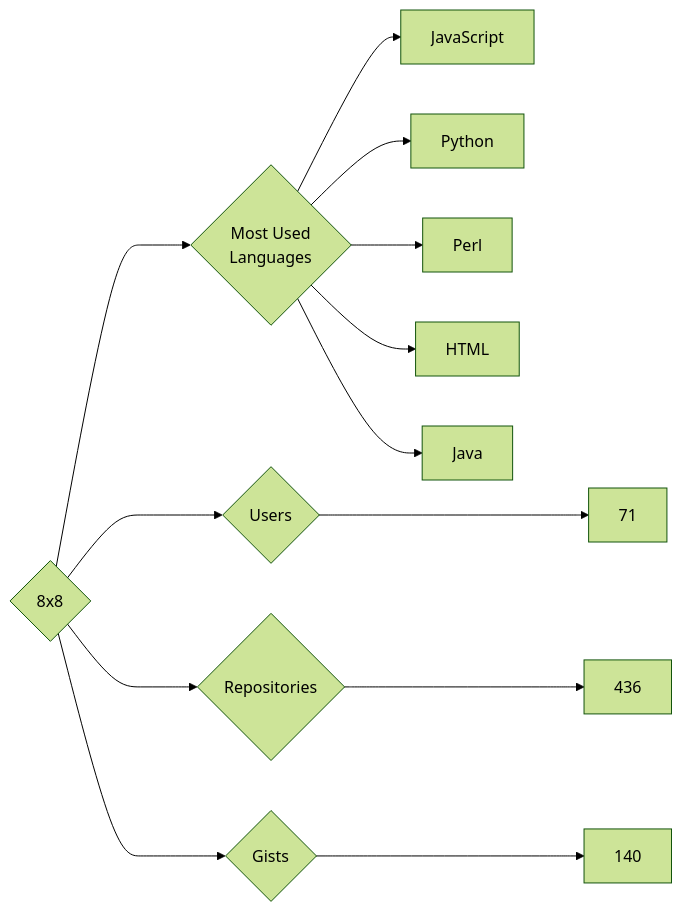
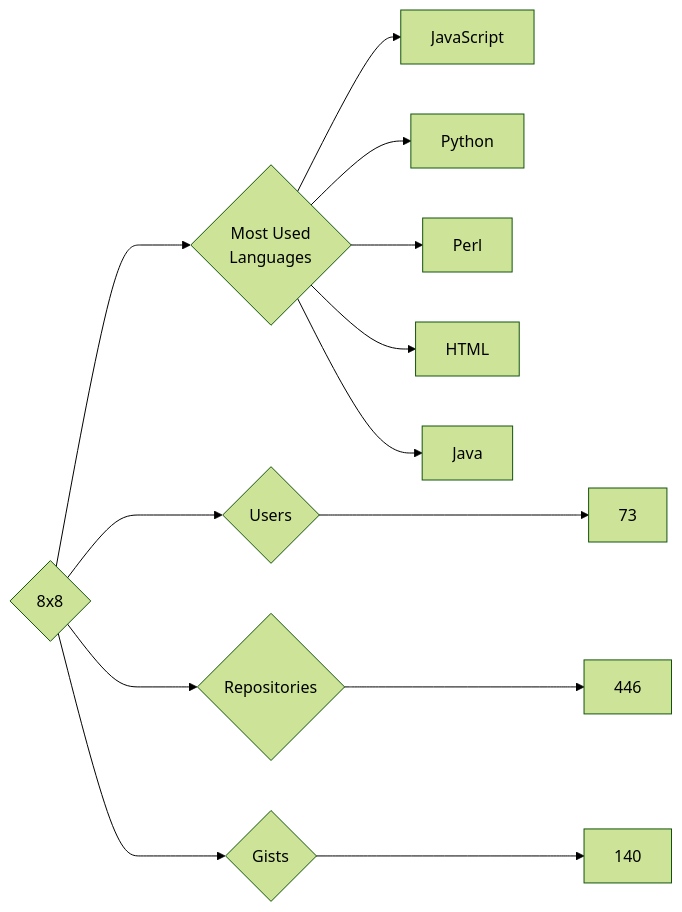
Before and after one commit to trickest/insiders: the diagram in targets/8x8/README.md, drawn with Mermaid (forest theme). The commit also changed 1020 other files, not shown here.

````diff
--- a/targets/8x8/README.md
+++ b/targets/8x8/README.md
@@ -3,13 +3,13 @@
 ```mermaid
 graph LR
 COMPANY_NAME{8x8}
-COMPANY_NAME ---> U{Users} ---> UN[71]
-COMPANY_NAME ---> R{Repositories} ---> RN[436]
+COMPANY_NAME ---> U{Users} ---> UN[73]
+COMPANY_NAME ---> R{Repositories} ---> RN[446]
 COMPANY_NAME ---> G{Gists} ---> GN[140]
 COMPANY_NAME ---> ML{Most Used<br>Languages}
 ML --> JavaScript[JavaScript]
 ML --> Python[Python]
 ML --> Perl[Perl]
 ML --> HTML[HTML]
 ML --> Java[Java]
 ```
````
